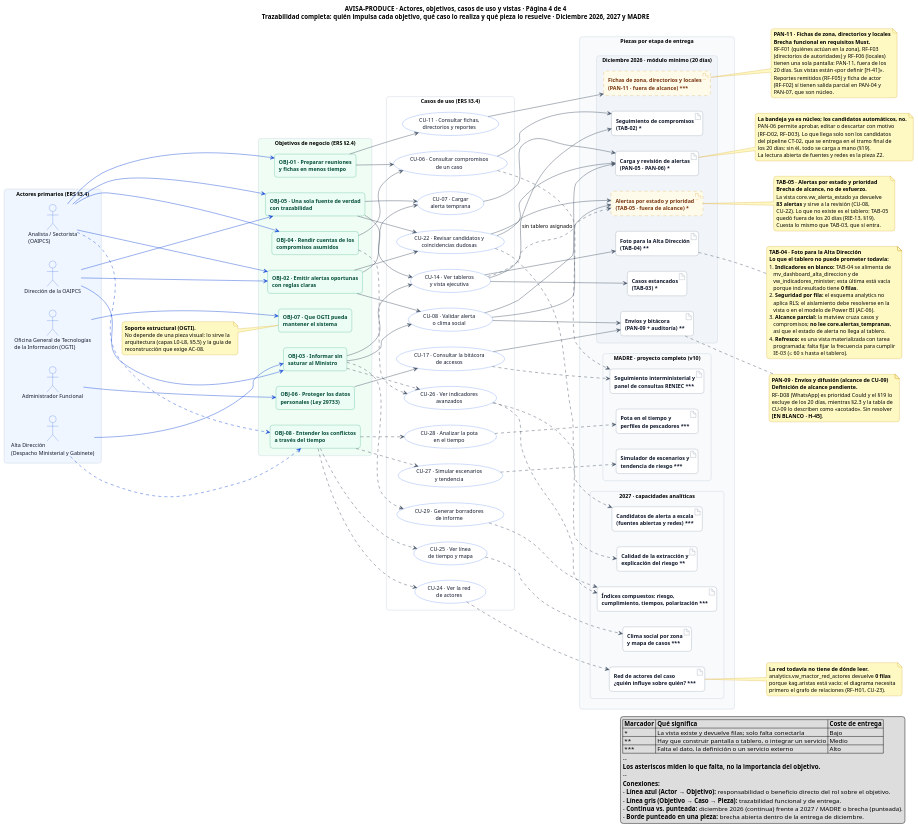
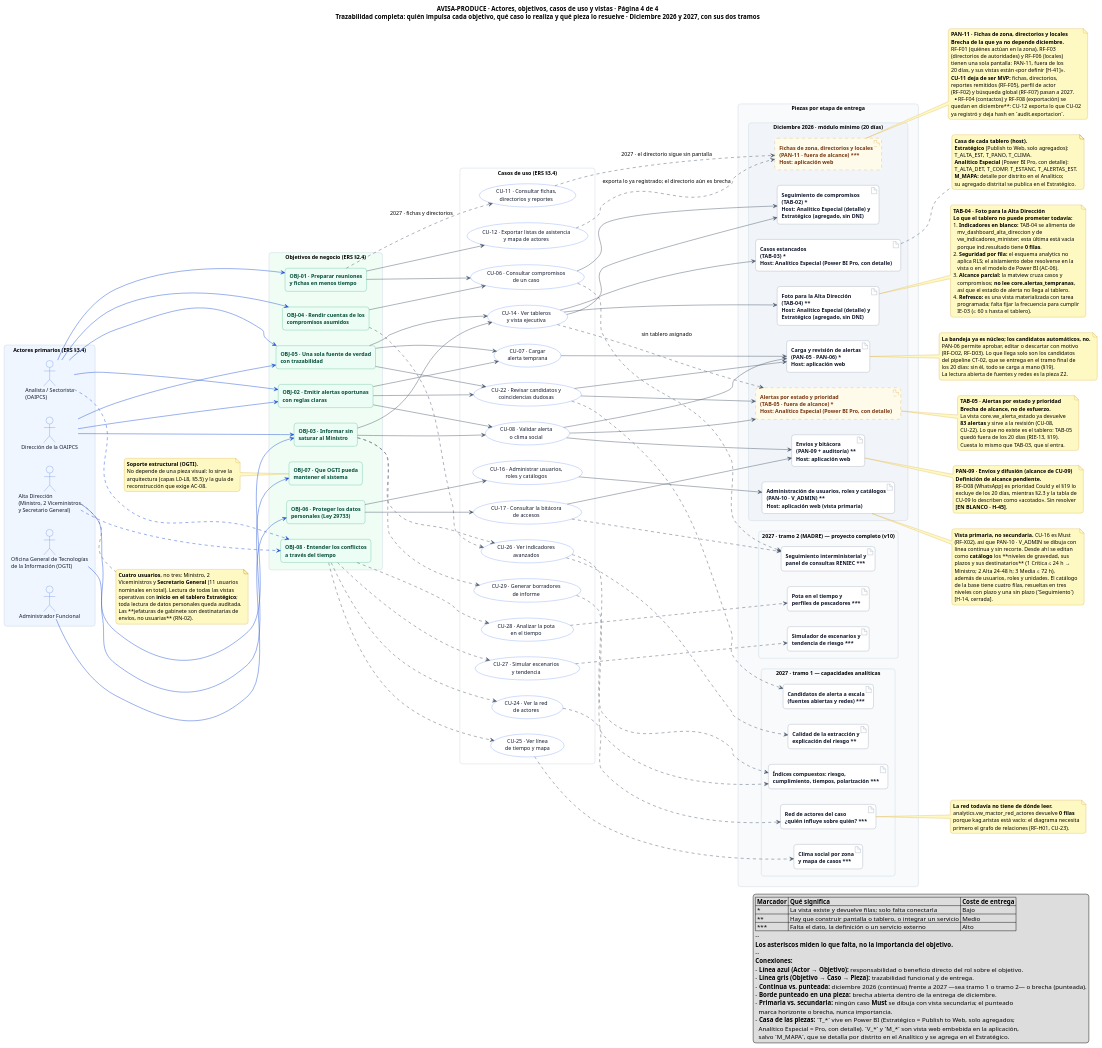
The fourth of 5 diagrams in docs/casos_uso/AVISA_CASOS_USO.puml (diegopaucarv/avisa), drawn with PlantUML before and after one commit. The commit also changed other lines of this file and 57 other files, not shown here.

```diff
--- a/docs/casos_uso/AVISA_CASOS_USO.puml
+++ b/docs/casos_uso/AVISA_CASOS_USO.puml
@@ -516,7 +629,7 @@
 }
 hide stereotype
 
-title AVISA-PRODUCE · Actores, objetivos, casos de uso y vistas · Página 4 de 4\nTrazabilidad completa: quién impulsa cada objetivo, qué caso lo realiza y qué pieza lo resuelve · Diciembre 2026, 2027 y MADRE
+title AVISA-PRODUCE · Actores, objetivos, casos de uso y vistas · Página 4 de 4\nTrazabilidad completa: quién impulsa cada objetivo, qué caso lo realiza y qué pieza lo resuelve · Diciembre 2026 y 2027, con sus dos tramos
 
 ' =========================================================
 ' NIVEL 1 · ACTORES PRIMARIOS (ERS §3.4 · LÁMINAS 1 A 3)
@@ -524,7 +637,7 @@
 package "Actores primarios (ERS §3.4)" as PKG_ACT #EFF6FF {
   actor "Analista / Sectorista\n(OAIPCS)" as analista #EFF6FF;line:1D4ED8
   actor "Dirección de la OAIPCS" as direccion #EFF6FF;line:1D4ED8
-  actor "Alta Dirección\n(Despacho Ministerial y Gabinete)" as alta #EFF6FF;line:1D4ED8
+  actor "Alta Dirección\n(Ministro, 2 Viceministros\ny Secretario General)" as alta #EFF6FF;line:1D4ED8
   actor "Administrador Funcional" as admin #EFF6FF;line:1D4ED8
   actor "Oficina General de Tecnologías\nde la Información (OGTI)" as ogti #EFF6FF;line:1D4ED8
 }
@@ -551,7 +664,9 @@
   usecase "CU-07 · Cargar\nalerta temprana" as CU07
   usecase "CU-08 · Validar alerta\no clima social" as CU08
   usecase "CU-11 · Consultar fichas,\ndirectorios y reportes" as CU11
+  usecase "CU-12 · Exportar listas de asistencia\ny mapa de actores" as CU12
   usecase "CU-14 · Ver tableros\ny vista ejecutiva" as CU14
+  usecase "CU-16 · Administrar usuarios,\nroles y catálogos" as CU16
   usecase "CU-17 · Consultar la bitácora\nde accesos" as CU17
   usecase "CU-22 · Revisar candidatos y\ncoincidencias dudosas" as CU22
   usecase "CU-24 · Ver la red\nde actores" as CU24
@@ -568,16 +683,17 @@
 package "Piezas por etapa de entrega" as PKG_PIEZAS {
 
   package "Diciembre 2026 · módulo mínimo (20 días)" as PKG_DIC #F1F5F9 {
-    artifact "Carga y revisión de alertas\n(PAN-05 · PAN-06) *" as D7
-    artifact "Envíos y bitácora\n(PAN-09 + auditoría) **" as D6
-    artifact "Seguimiento de compromisos\n(TAB-02) *" as D1
-    artifact "Casos estancados\n(TAB-03) *" as D3
-    artifact "Foto para la Alta Dirección\n(TAB-04) **" as D2
-    artifact "Alertas por estado y prioridad\n(TAB-05 · fuera de alcance) *" as D4 <<brecha>>
-    artifact "Fichas de zona, directorios y locales\n(PAN-11 · fuera de alcance) ***" as D5 <<brecha>>
+    artifact "Carga y revisión de alertas\n(PAN-05 · PAN-06) *\n**Host:** aplicación web" as D7
+    artifact "Envíos y bitácora\n(PAN-09 + auditoría) **\n**Host:** aplicación web" as D6
+    artifact "Seguimiento de compromisos\n(TAB-02) *\n**Host:** Analítico Especial (detalle) y\nEstratégico (agregado, sin DNI)" as D1
+    artifact "Casos estancados\n(TAB-03) *\n**Host:** Analítico Especial (Power BI Pro, con detalle)" as D3
+    artifact "Foto para la Alta Dirección\n(TAB-04) **\n**Host:** Analítico Especial (detalle) y\nEstratégico (agregado, sin DNI)" as D2
+    artifact "Alertas por estado y prioridad\n(TAB-05 · fuera de alcance) *\n**Host:** Analítico Especial (Power BI Pro, con detalle)" as D4 <<brecha>>
+    artifact "Fichas de zona, directorios y locales\n(PAN-11 · fuera de alcance) ***\n**Host:** aplicación web" as D5 <<brecha>>
+    artifact "Administración de usuarios, roles y catálogos\n(PAN-10 · V_ADMIN) **\n**Host:** aplicación web (vista primaria)" as D8
   }
 
-  package "2027 · capacidades analíticas" as PKG_2027 #F8FAFC {
+  package "2027 · tramo 1 — capacidades analíticas" as PKG_TRAMO1 #F8FAFC {
     artifact "Red de actores del caso\n¿quién influye sobre quién? ***" as Z1
     artifact "Clima social por zona\ny mapa de casos ***" as Z3
     artifact "Candidatos de alerta a escala\n(fuentes abiertas y redes) ***" as Z2
@@ -585,7 +701,7 @@
     artifact "Índices compuestos: riesgo,\ncumplimiento, tiempos, polarización ***" as Z5
   }
 
-  package "MADRE · proyecto completo (v10)" as PKG_MADRE #F8FAFC {
+  package "2027 · tramo 2 (MADRE) — proyecto completo (v10)" as PKG_TRAMO2 #F8FAFC {
     artifact "Pota en el tiempo y\nperfiles de pescadores ***" as M1
     artifact "Simulador de escenarios y\ntendencia de riesgo ***" as M2
     artifact "Seguimiento interministerial y\npanel de consultas RENIEC ***" as M3
@@ -621,7 +737,8 @@
 ' 2. OBJETIVO -> CASO DE USO
 ' =========================================================
 OBJ01 --> CU06
-OBJ01 --> CU11
+OBJ01 ..> CU11 : "2027 · fichas y directorios"
+OBJ01 --> CU12
 OBJ02 --> CU07
 OBJ02 --> CU08
 OBJ02 --> CU22
@@ -634,6 +751,7 @@
 OBJ05 --> CU07
 OBJ05 --> CU14
 OBJ05 --> CU22
+OBJ06 --> CU16
 OBJ06 --> CU17
 OBJ08 ..> CU24
 OBJ08 ..> CU25
@@ -655,7 +773,9 @@
 CU08 --> D4
 CU22 --> D4
 CU14 ..> D4 : "sin tablero asignado"
-CU11 --> D5
+CU11 ..> D5 : "2027 · el directorio sigue sin pantalla"
+CU12 ..> D5 : "exporta lo ya registrado; el directorio aún es brecha"
+CU16 --> D8
 
 CU24 ..> Z1
 CU25 ..> Z3
@@ -696,14 +816,17 @@
 
 note right of D5
   **PAN-11 · Fichas de zona, directorios y locales**
-  **Brecha funcional en requisitos Must.**
+  **Brecha de la que ya no depende diciembre.**
   RF-F01 (quiénes actúan en la zona), RF-F03
   (directorios de autoridades) y RF-F06 (locales)
   tienen una sola pantalla: PAN-11, fuera de los
-  20 días. Sus vistas están «por definir [H-41]».
-  Reportes remitidos (RF-F05) y ficha de actor
-  (RF-F02) sí tienen salida parcial en PAN-04 y
-  PAN-07, que son núcleo.
+  20 días, y sus vistas están «por definir [H-41]».
+  **CU-11 deja de ser MVP:** fichas, directorios,
+  reportes remitidos (RF-F05), perfil de actor
+  (RF-F02) y búsqueda global (RF-F07) pasan a 2027.
+  **RF-F04 (contactos) y RF-F08 (exportación) se
+  quedan en diciembre**: CU-12 exporta lo que CU-02
+  ya registró y deja hash en `audit.exportacion`.
 end note
 
 note right of D2
@@ -740,6 +863,39 @@
   primero el grafo de relaciones (RF-H01, CU-23).
 end note
 
+note right of D3
+  **Casa de cada tablero (host).**
+  **Estratégico** (Publish to Web, solo agregados):
+  T_ALTA_EST, T_PANO, T_CLIMA.
+  **Analítico Especial** (Power BI Pro, con detalle):
+  T_ALTA_DET, T_COMP, T_ESTANC, T_ALERTAS_EST.
+  **M_MAPA:** detalle por distrito en el Analítico;
+  su agregado distrital se publica en el Estratégico.
+end note
+
+note right of D8
+  **Vista primaria, no secundaria.** CU-16 es Must
+  (RF-X02), así que PAN-10 · V_ADMIN se dibuja con
+  línea continua y sin recorte. Desde ahí se editan
+  como **catálogo** los **niveles de gravedad, sus
+  plazos y sus destinatarios** (1 Crítica ≤ 24 h →
+  Ministro; 2 Alta 24–48 h; 3 Media ≤ 72 h),
+  además de usuarios, roles y unidades. El catálogo
+  de la base tiene cuatro filas, resueltas en tres
+  niveles con plazo y una sin plazo (`Seguimiento`)
+  [H-14, cerrada].
+end note
+
+note right of alta
+  **Cuatro usuarios**, no tres: Ministro, 2
+  Viceministros y **Secretario General** (11 usuarios
+  nominales en total). Lectura de todas las vistas
+  operativas con **inicio en el tablero Estratégico**;
+  toda lectura de datos personales queda auditada.
+  Las **jefaturas de gabinete son destinatarias de
+  envíos, no usuarias** (RN-02).
+end note
+
 ' =========================================================
 ' LEYENDA
 ' =========================================================
@@ -754,8 +910,13 @@
   **Conexiones:**
   - **Línea azul (Actor → Objetivo):** responsabilidad o beneficio directo del rol sobre el objetivo.
   - **Línea gris (Objetivo → Caso → Pieza):** trazabilidad funcional y de entrega.
-  - **Continua vs. punteada:** diciembre 2026 (continua) frente a 2027 / MADRE o brecha (punteada).
+  - **Continua vs. punteada:** diciembre 2026 (continua) frente a 2027 —sea tramo 1 o tramo 2— o brecha (punteada).
   - **Borde punteado en una pieza:** brecha abierta dentro de la entrega de diciembre.
+  - **Primaria vs. secundaria:** ningún caso **Must** se dibuja con vista secundaria; el punteado
+    marca horizonte o brecha, nunca importancia.
+  - **Casa de las piezas:** `T_*` vive en Power BI (Estratégico = Publish to Web, solo agregados;
+    Analítico Especial = Pro, con detalle). `V_*` y `M_*` son vista web embebida en la aplicación,
+    salvo `M_MAPA`, que se detalla por distrito en el Analítico y se agrega en el Estratégico.
 endlegend
 
 @enduml
```
